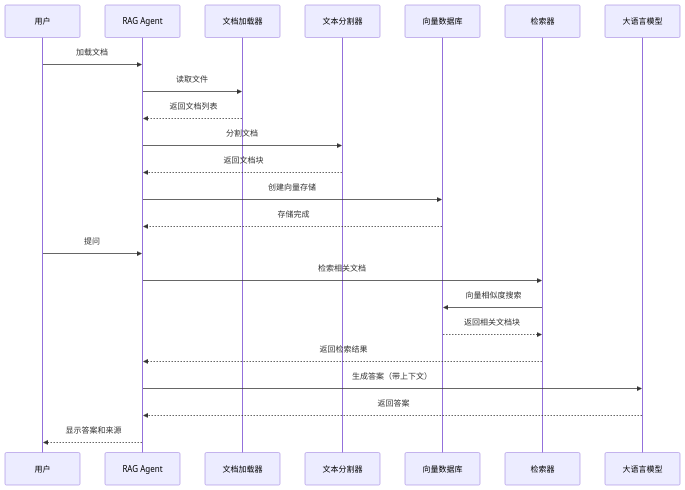
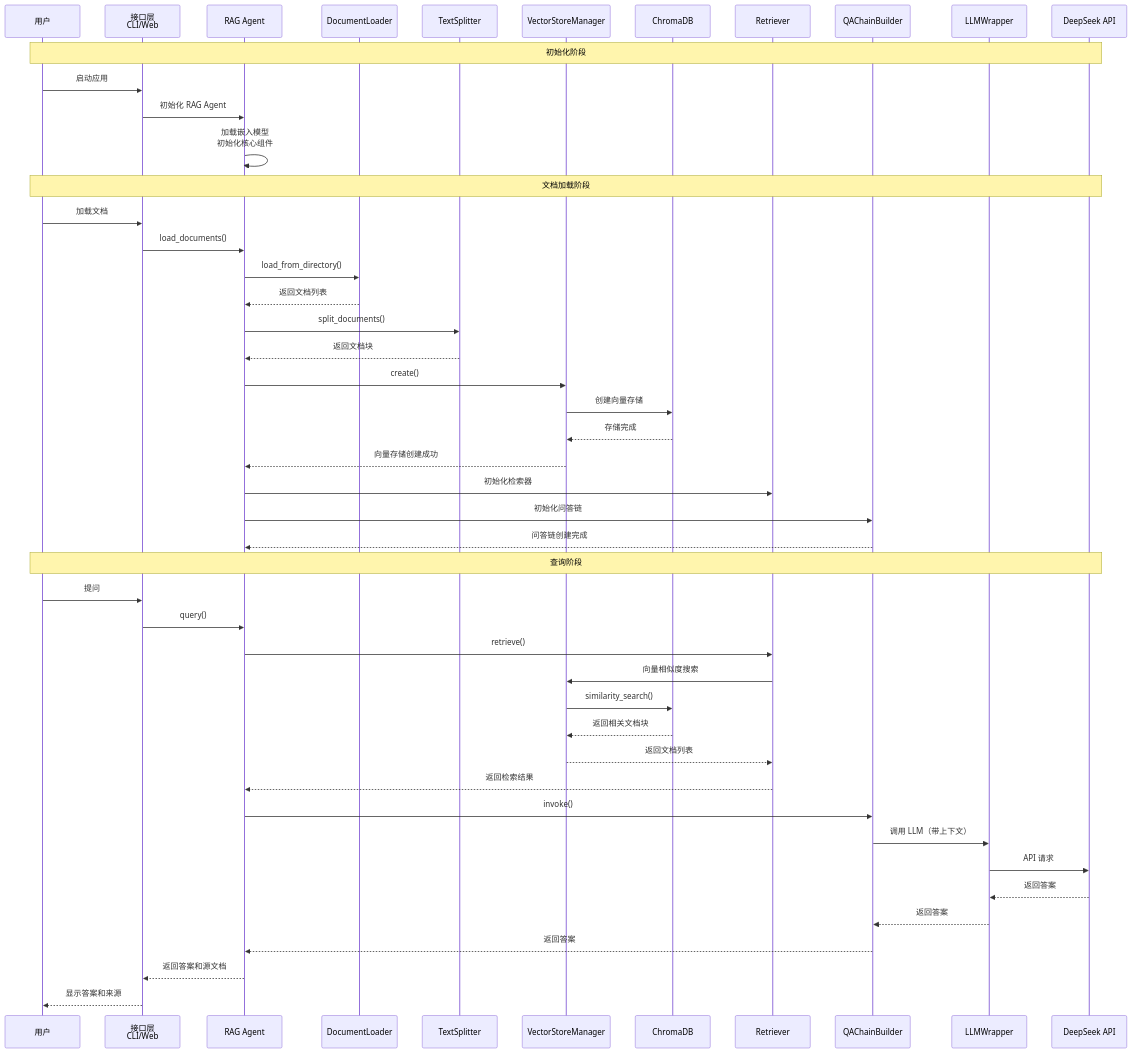
One commit to xiaodouya001/local_rag_agent changed the second of 2 diagrams in README.md. Above: the diagram before and after it, drawn with Mermaid. The commit also changed other lines of this file and 83 other files, not shown here.

````diff
--- a/README.md
+++ b/README.md
@@ -111,27 +96,52 @@
 ```mermaid
 sequenceDiagram
     participant User as 用户
+    participant Interface as 接口层<br/>CLI/Web
     participant Agent as RAG Agent
-    participant Loader as 文档加载器
-    participant Splitter as 文本分割器
-    participant VectorDB as 向量数据库
-    participant Retriever as 检索器
-    participant LLM as 大语言模型
+    participant Loader as DocumentLoader
+    participant Splitter as TextSplitter
+    participant VSM as VectorStoreManager
+    participant ChromaDB as ChromaDB
+    participant Retriever as Retriever
+    participant QAChain as QAChainBuilder
+    participant LLM as LLMWrapper
+    participant DeepSeek as DeepSeek API
     
-    User->>Agent: 加载文档
-    Agent->>Loader: 读取文件
+    Note over User,DeepSeek: 初始化阶段
+    User->>Interface: 启动应用
+    Interface->>Agent: 初始化 RAG Agent
+    Agent->>Agent: 加载嵌入模型<br/>初始化核心组件
+    
+    Note over User,DeepSeek: 文档加载阶段
+    User->>Interface: 加载文档
+    Interface->>Agent: load_documents()
+    Agent->>Loader: load_from_directory()
     Loader-->>Agent: 返回文档列表
-    Agent->>Splitter: 分割文档
+    Agent->>Splitter: split_documents()
     Splitter-->>Agent: 返回文档块
-    Agent->>VectorDB: 创建向量存储
-    VectorDB-->>Agent: 存储完成
+    Agent->>VSM: create()
+    VSM->>ChromaDB: 创建向量存储
+    ChromaDB-->>VSM: 存储完成
+    VSM-->>Agent: 向量存储创建成功
+    Agent->>Retriever: 初始化检索器
+    Agent->>QAChain: 初始化问答链
+    QAChain-->>Agent: 问答链创建完成
     
-    User->>Agent: 提问
-    Agent->>Retriever: 检索相关文档
-    Retriever->>VectorDB: 向量相似度搜索
-    VectorDB-->>Retriever: 返回相关文档块
+    Note over User,DeepSeek: 查询阶段
+    User->>Interface: 提问
+    Interface->>Agent: query()
+    Agent->>Retriever: retrieve()
+    Retriever->>VSM: 向量相似度搜索
+    VSM->>ChromaDB: similarity_search()
+    ChromaDB-->>VSM: 返回相关文档块
+    VSM-->>Retriever: 返回文档列表
     Retriever-->>Agent: 返回检索结果
-    Agent->>LLM: 生成答案（带上下文）
-    LLM-->>Agent: 返回答案
-    Agent-->>User: 显示答案和来源
+    Agent->>QAChain: invoke()
+    QAChain->>LLM: 调用 LLM（带上下文）
+    LLM->>DeepSeek: API 请求
+    DeepSeek-->>LLM: 返回答案
+    LLM-->>QAChain: 返回答案
+    QAChain-->>Agent: 返回答案
+    Agent-->>Interface: 返回答案和源文档
+    Interface-->>User: 显示答案和来源
 ```
````
